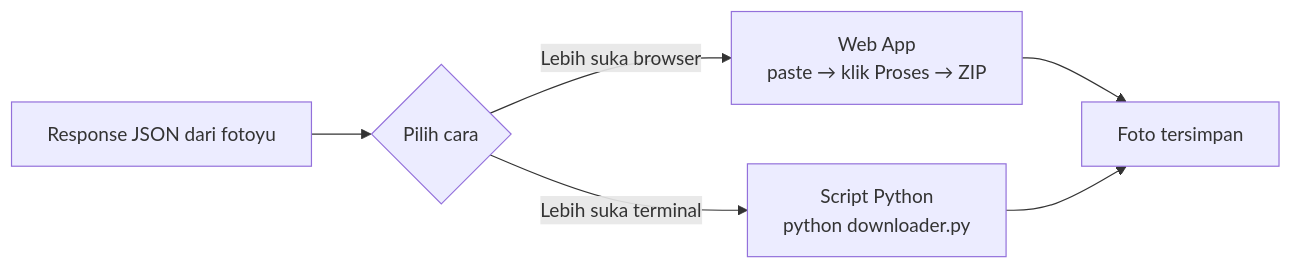
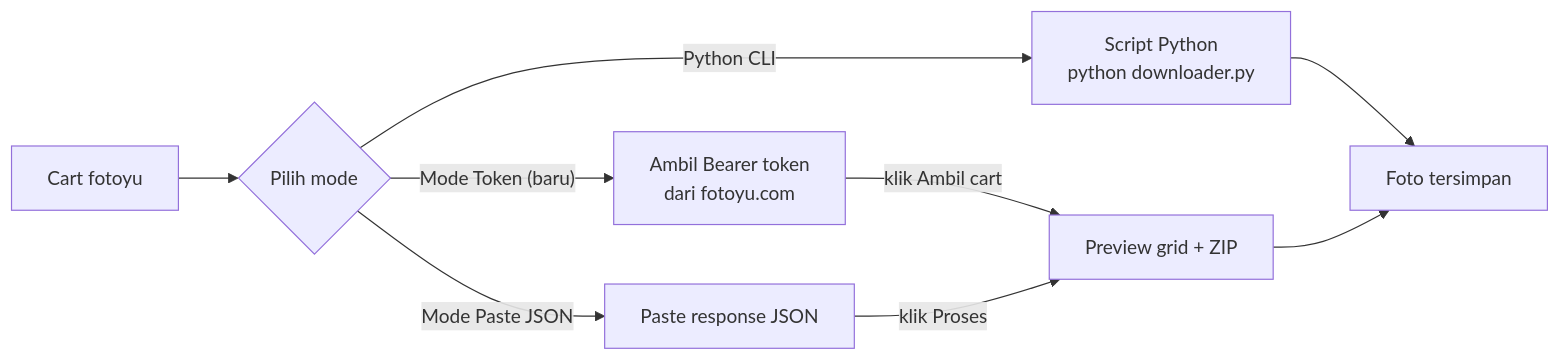
The first of 2 diagrams in README.md (sayahafidz/fotoyu-downloader), drawn with Mermaid before and after one commit. The commit also changed other lines of this file and 6 other files, not shown here.

First line of the commit message:
Add token-based auto-fetch cart mode to web app

````diff
--- a/README.md
+++ b/README.md
@@ -60,8 +60,11 @@
 ```mermaid
 flowchart LR
-    Response["Response JSON dari fotoyu"] --> A{Pilih cara}
-    A -->|"Lebih suka browser"| Web["Web App<br/>paste → klik Proses → ZIP"]
-    A -->|"Lebih suka terminal"| CLI["Script Python<br/>python downloader.py"]
-    Web --> Result["Foto tersimpan"]
-    CLI --> Result
+    Response["Cart fotoyu"] --> A{Pilih mode}
+    A -->|"Mode Token (baru)"| Token["Ambil Bearer token<br/>dari fotoyu.com"]
+    A -->|"Mode Paste JSON"| Paste["Paste response JSON"]
+    A -->|"Python CLI"| CLI["Script Python<br/>python downloader.py"]
+    Token -->|"klik Ambil cart"| Preview["Preview grid + ZIP"]
+    Paste -->|"klik Proses"| Preview
+    CLI --> Result["Foto tersimpan"]
+    Preview --> Result
 ```
````
